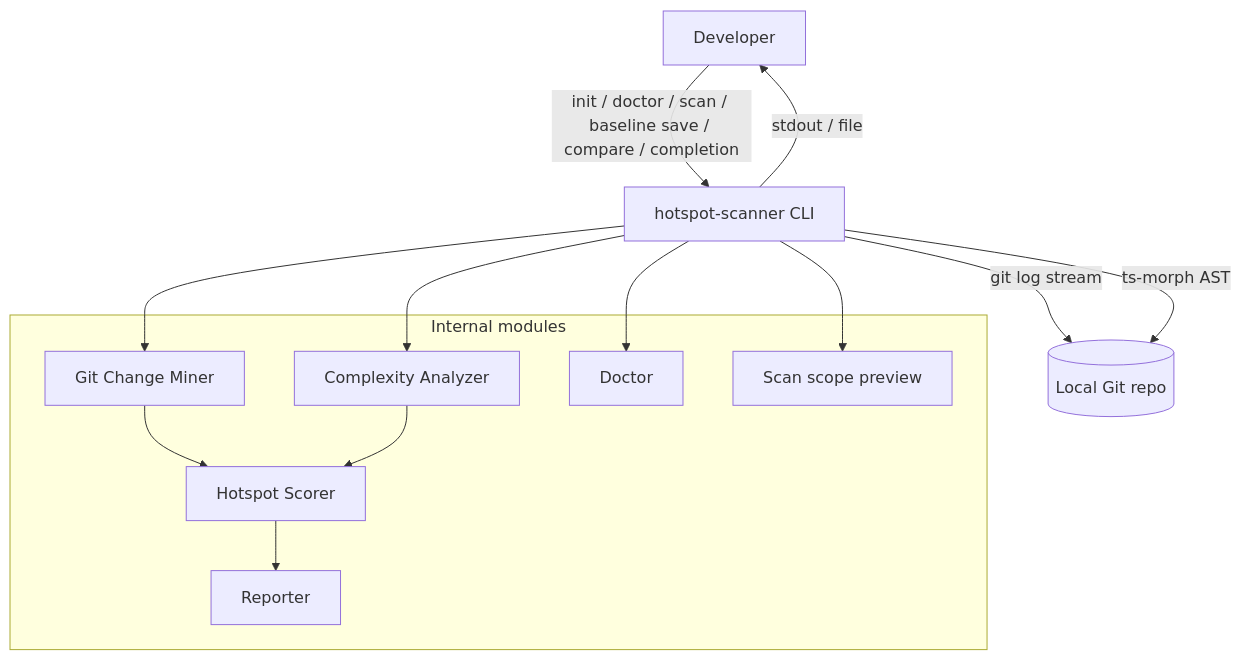
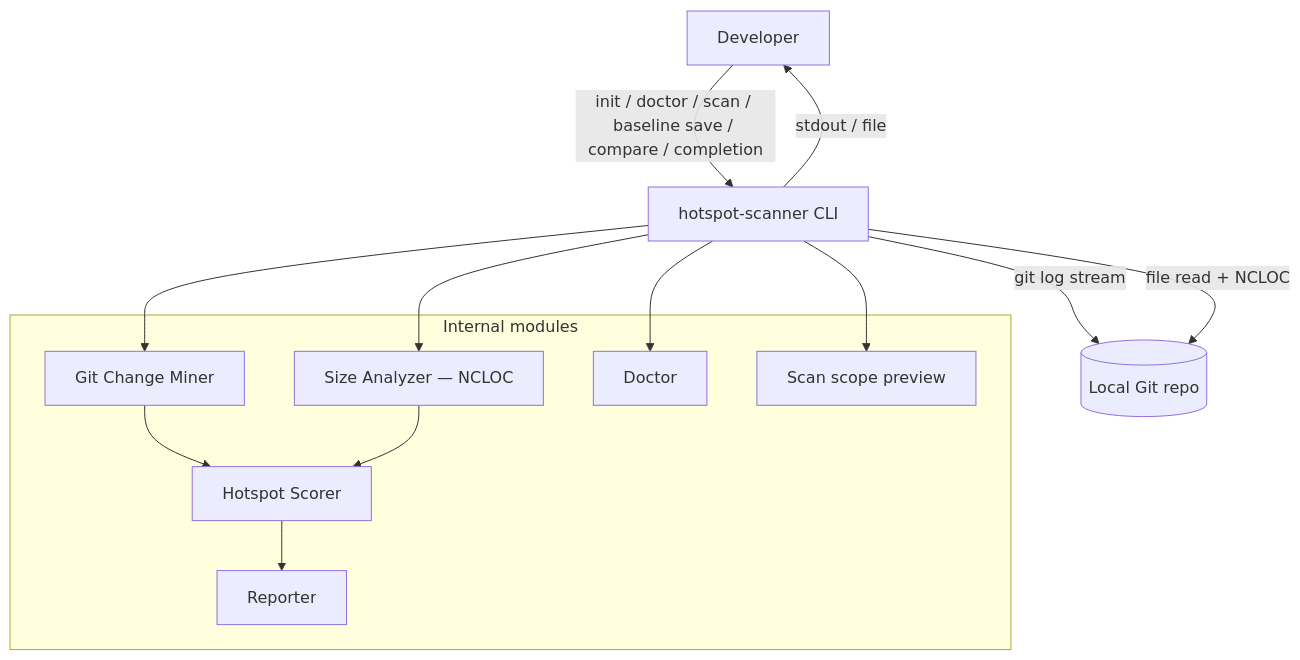
The first of 2 diagrams in .specs/codebase/ARCHITECTURE.md (AlanTaranti/hotspot-scanner), drawn with Mermaid before and after one commit. The commit also changed other lines of this file and 138 other files, not shown here.

````diff
--- a/.specs/codebase/ARCHITECTURE.md
+++ b/.specs/codebase/ARCHITECTURE.md
@@ -5,28 +5,28 @@
 ```mermaid
 flowchart TB
   Dev[Developer]
   CLI[hotspot-scanner CLI]
   Repo[(Local Git repo)]
 
   Dev -->|"init / doctor / scan / baseline save / compare / completion"| CLI
   CLI -->|"git log stream"| Repo
-  CLI -->|"ts-morph AST"| Repo
+  CLI -->|"file read + NCLOC"| Repo
   CLI -->|"stdout / file"| Dev
 
   subgraph internal [Internal modules]
     GitMiner[Git Change Miner]
-    Complexity[Complexity Analyzer]
+    Size[Size Analyzer — NCLOC]
     Hotspot[Hotspot Scorer]
     Reporter[Reporter]
     Doctor[Doctor]
     ScanPreview[Scan scope preview]
   end
 
   CLI --> Doctor
   CLI --> ScanPreview
   CLI --> GitMiner
-  CLI --> Complexity
+  CLI --> Size
   GitMiner --> Hotspot
-  Complexity --> Hotspot
+  Size --> Hotspot
   Hotspot --> Reporter
 ```
````
